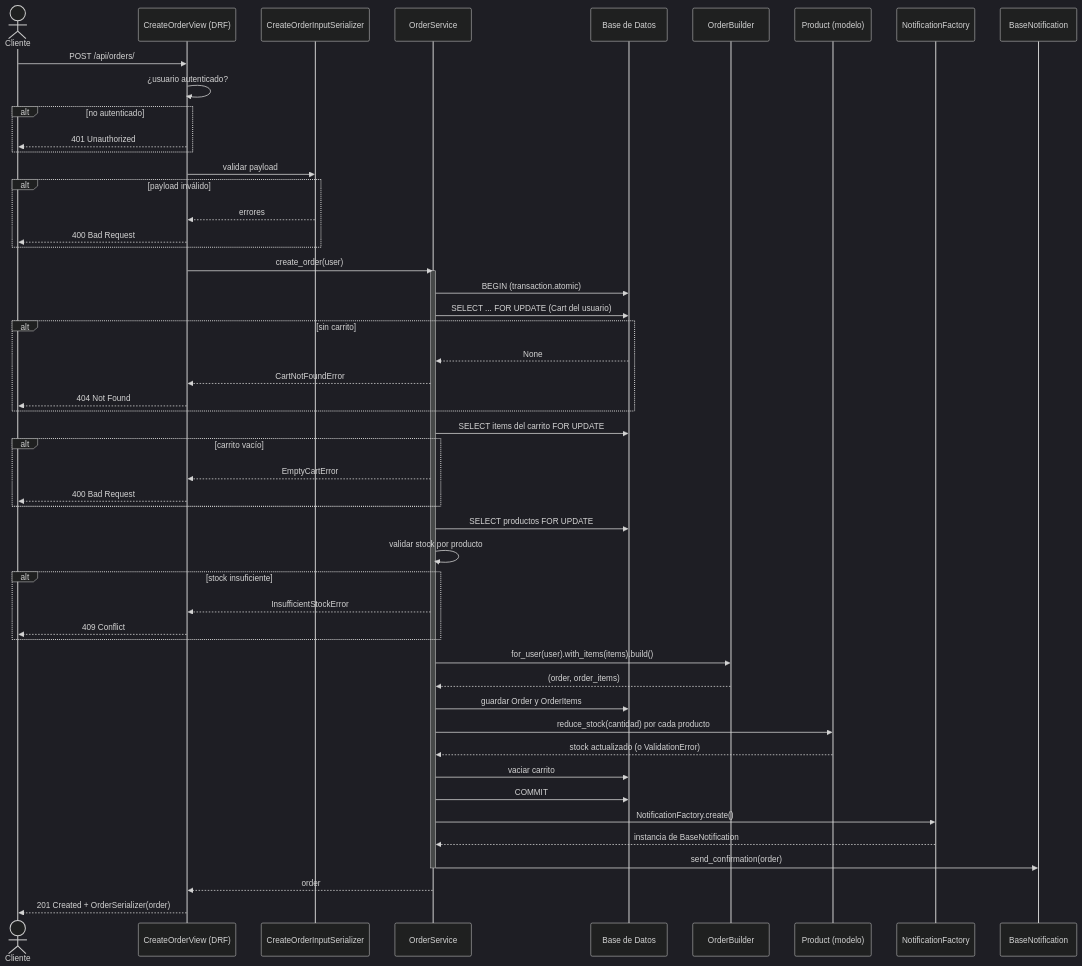
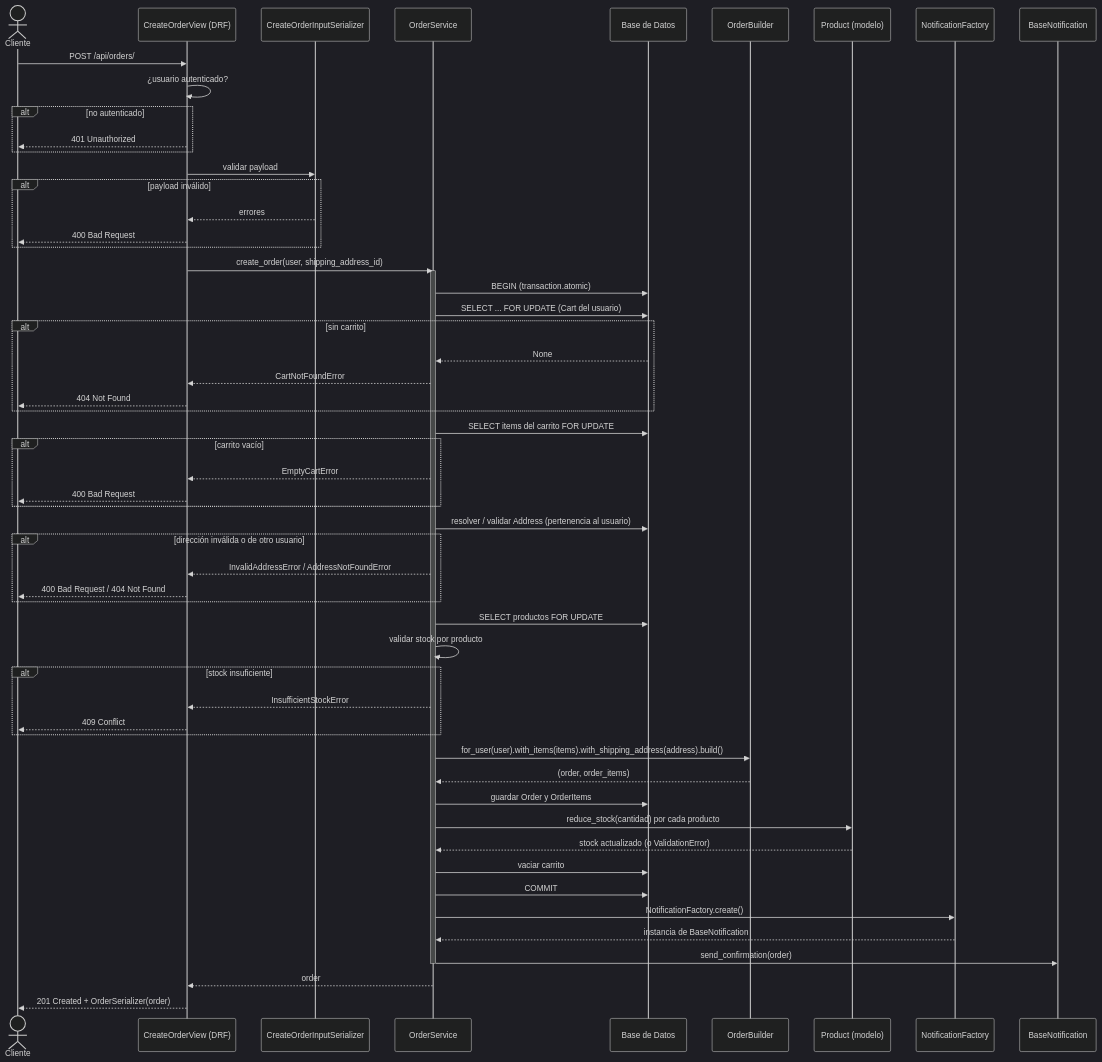
Before and after one commit to scanonc/Volt: the diagram in wiki/Diagrama-de-Secuencia.md, drawn with Mermaid (dark theme). The commit also changed 10 other files, not shown here.

Commit message:
fix: Exponer los endpoints de Address y asignar shipping address

````diff
--- a/wiki/Diagrama-de-Secuencia.md
+++ b/wiki/Diagrama-de-Secuencia.md
@@ -8,56 +8,61 @@
 ```mermaid
 sequenceDiagram
     actor Cliente
     participant View as CreateOrderView (DRF)
     participant Serializer as CreateOrderInputSerializer
     participant Service as OrderService
     participant DB as Base de Datos
     participant Builder as OrderBuilder
     participant Product as Product (modelo)
     participant Factory as NotificationFactory
     participant Notifier as BaseNotification
 
     Cliente->>View: POST /api/orders/
     View->>View: ¿usuario autenticado?
     alt no autenticado
         View-->>Cliente: 401 Unauthorized
     end
     View->>Serializer: validar payload
     alt payload inválido
         Serializer-->>View: errores
         View-->>Cliente: 400 Bad Request
     end
-    View->>Service: create_order(user)
+    View->>Service: create_order(user, shipping_address_id)
     activate Service
     Service->>DB: BEGIN (transaction.atomic)
     Service->>DB: SELECT ... FOR UPDATE (Cart del usuario)
     alt sin carrito
         DB-->>Service: None
         Service-->>View: CartNotFoundError
         View-->>Cliente: 404 Not Found
     end
     Service->>DB: SELECT items del carrito FOR UPDATE
     alt carrito vacío
         Service-->>View: EmptyCartError
         View-->>Cliente: 400 Bad Request
     end
+    Service->>DB: resolver / validar Address (pertenencia al usuario)
+    alt dirección inválida o de otro usuario
+        Service-->>View: InvalidAddressError / AddressNotFoundError
+        View-->>Cliente: 400 Bad Request / 404 Not Found
+    end
     Service->>DB: SELECT productos FOR UPDATE
     Service->>Service: validar stock por producto
     alt stock insuficiente
         Service-->>View: InsufficientStockError
         View-->>Cliente: 409 Conflict
     end
-    Service->>Builder: for_user(user).with_items(items).build()
+    Service->>Builder: for_user(user).with_items(items).with_shipping_address(address).build()
     Builder-->>Service: (order, order_items)
     Service->>DB: guardar Order y OrderItems
     Service->>Product: reduce_stock(cantidad) por cada producto
     Product-->>Service: stock actualizado (o ValidationError)
     Service->>DB: vaciar carrito
     Service->>DB: COMMIT
     Service->>Factory: NotificationFactory.create()
     Factory-->>Service: instancia de BaseNotification
     Service->>Notifier: send_confirmation(order)
     deactivate Service
     Service-->>View: order
     View-->>Cliente: 201 Created + OrderSerializer(order)
 ```
````
